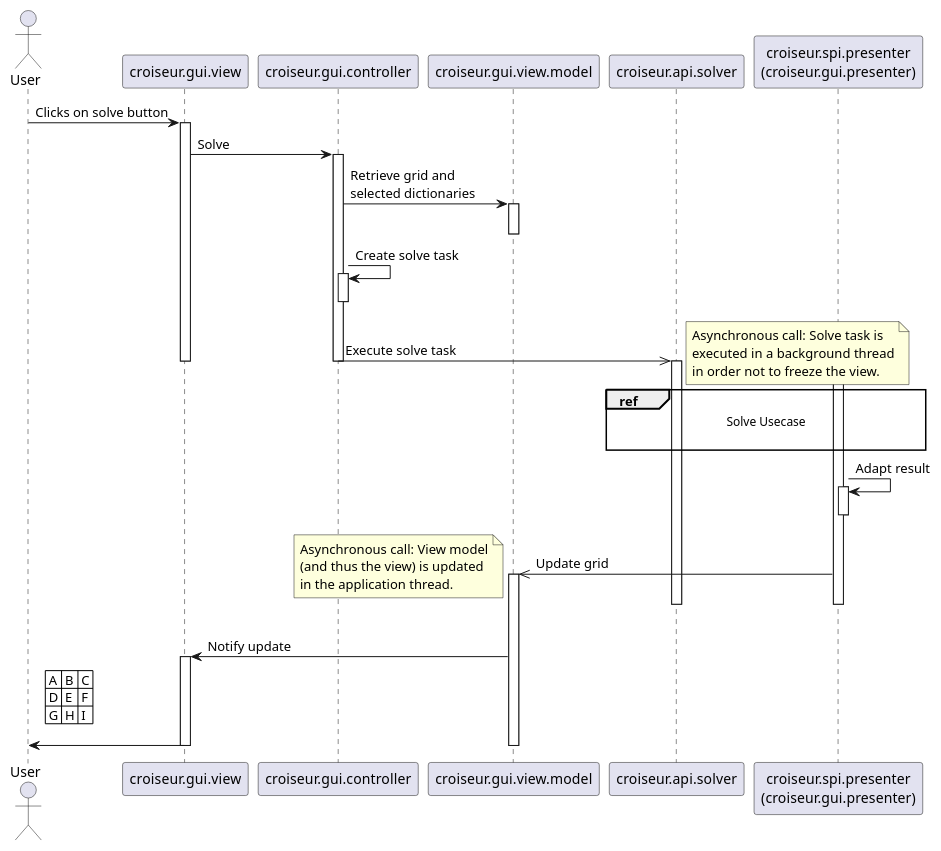
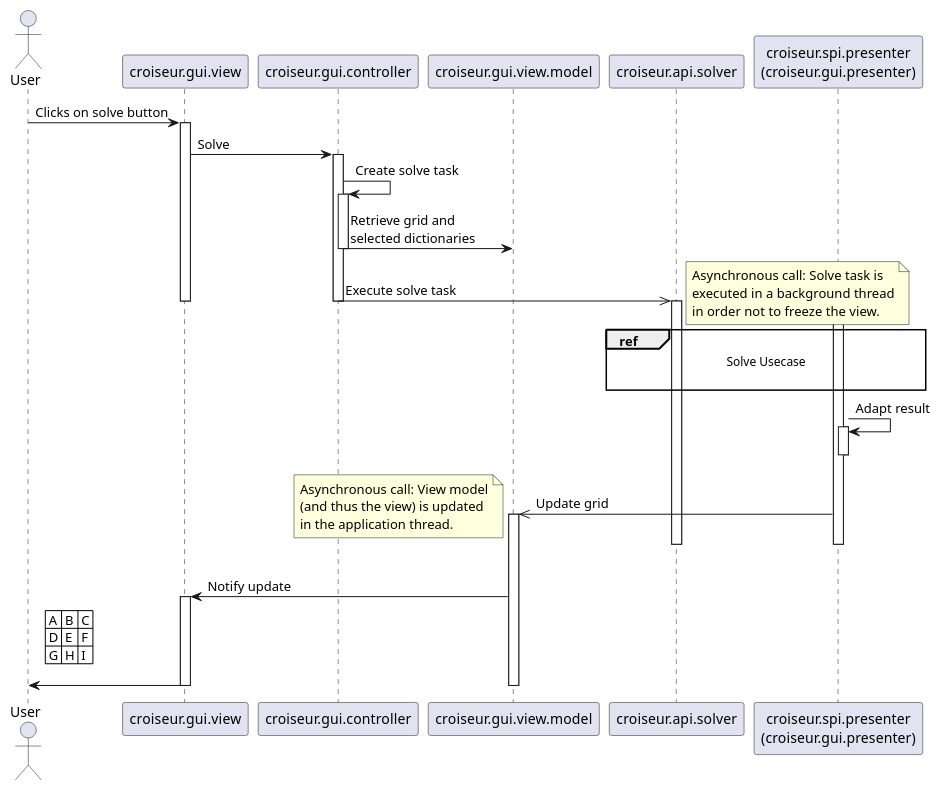
The third of 3 diagrams in doc/reference/Examples-of-execution.md (super7ramp/croiseur), drawn with PlantUML before and after one commit.

Commit message:
doc: Correct sequence diagram

````diff
--- a/doc/reference/Examples-of-execution.md
+++ b/doc/reference/Examples-of-execution.md
@@ -101,58 +101,55 @@
 ```plantuml
 skinparam responseMessageBelowArrow true
 
 actor User
 participant croiseur.gui.view
 participant croiseur.gui.controller
 participant croiseur.gui.view.model
 participant croiseur.api.solver
 participant "croiseur.spi.presenter\n(croiseur.gui.presenter)" as croiseur.spi.presenter
 
 User -> croiseur.gui.view : Clicks on solve button 
 activate croiseur.gui.view
 
 croiseur.gui.view -> croiseur.gui.controller : Solve
 activate croiseur.gui.controller
 
-croiseur.gui.controller -> croiseur.gui.view.model : Retrieve grid and\nselected dictionaries
-activate croiseur.gui.view.model
-deactivate croiseur.gui.view.model
-
 croiseur.gui.controller -> croiseur.gui.controller : Create solve task
 activate croiseur.gui.controller
+croiseur.gui.controller -> croiseur.gui.view.model : Retrieve grid and\nselected dictionaries
 deactivate croiseur.gui.controller
 
 croiseur.gui.controller ->> croiseur.api.solver : Execute solve task
 note right
  Asynchronous call: Solve task is
  executed in a background thread
  in order not to freeze the view.
 end note
 deactivate croiseur.gui.controller
 deactivate croiseur.gui.view
 activate croiseur.api.solver
 activate croiseur.spi.presenter
 
 ref over croiseur.api.solver, croiseur.spi.presenter : Solve Usecase\n
 
 croiseur.spi.presenter -> croiseur.spi.presenter : Adapt result
 activate croiseur.spi.presenter
 deactivate croiseur.spi.presenter
 
 croiseur.spi.presenter ->> croiseur.gui.view.model : Update grid
 note left
  Asynchronous call: View model
  (and thus the view) is updated
  in the application thread.
 end note
 activate croiseur.gui.view.model
 deactivate croiseur.spi.presenter
 deactivate croiseur.api.solver
 
 croiseur.gui.view.model -> croiseur.gui.view : Notify update
 activate croiseur.gui.view
 
 croiseur.gui.view -> User : | A | B | C |\n| D | E | F |\n| G | H | I |\n
 deactivate croiseur.gui.view
 deactivate croiseur.gui.view.model
 ```
````
